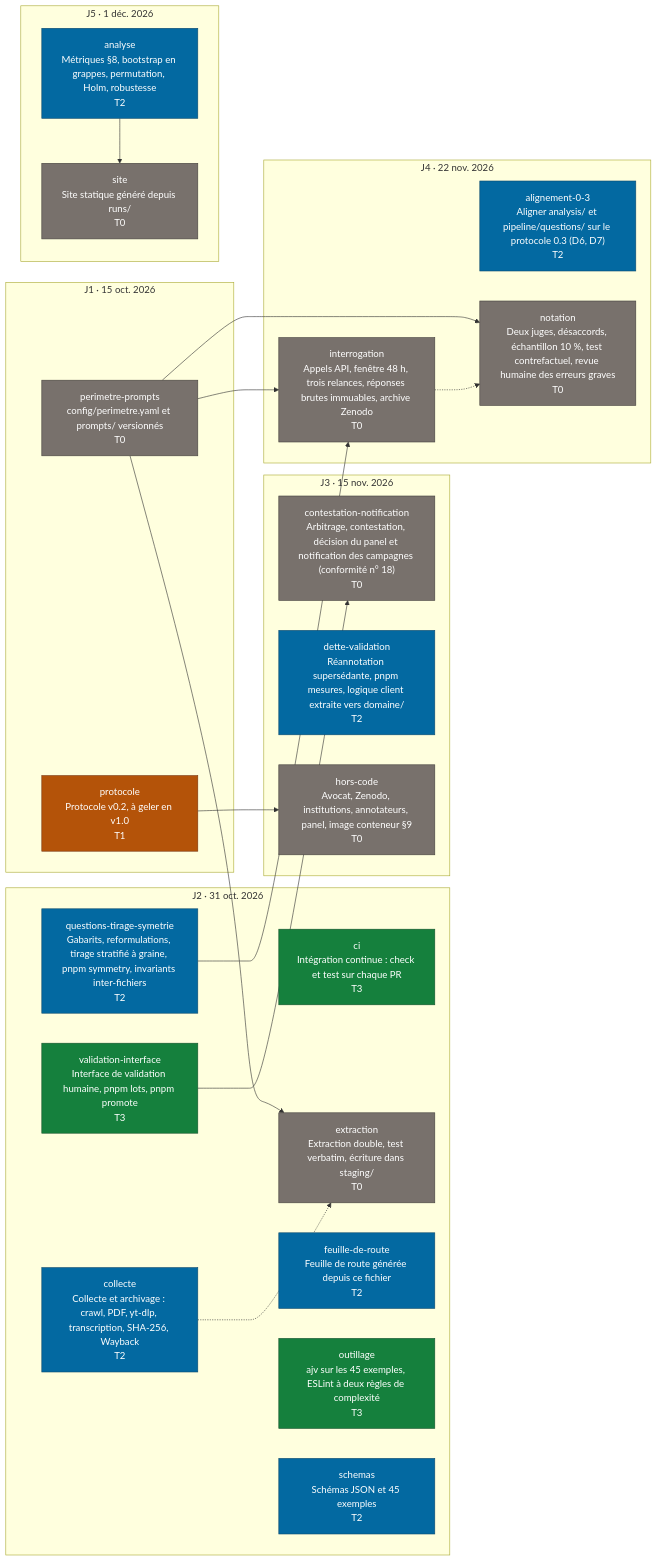
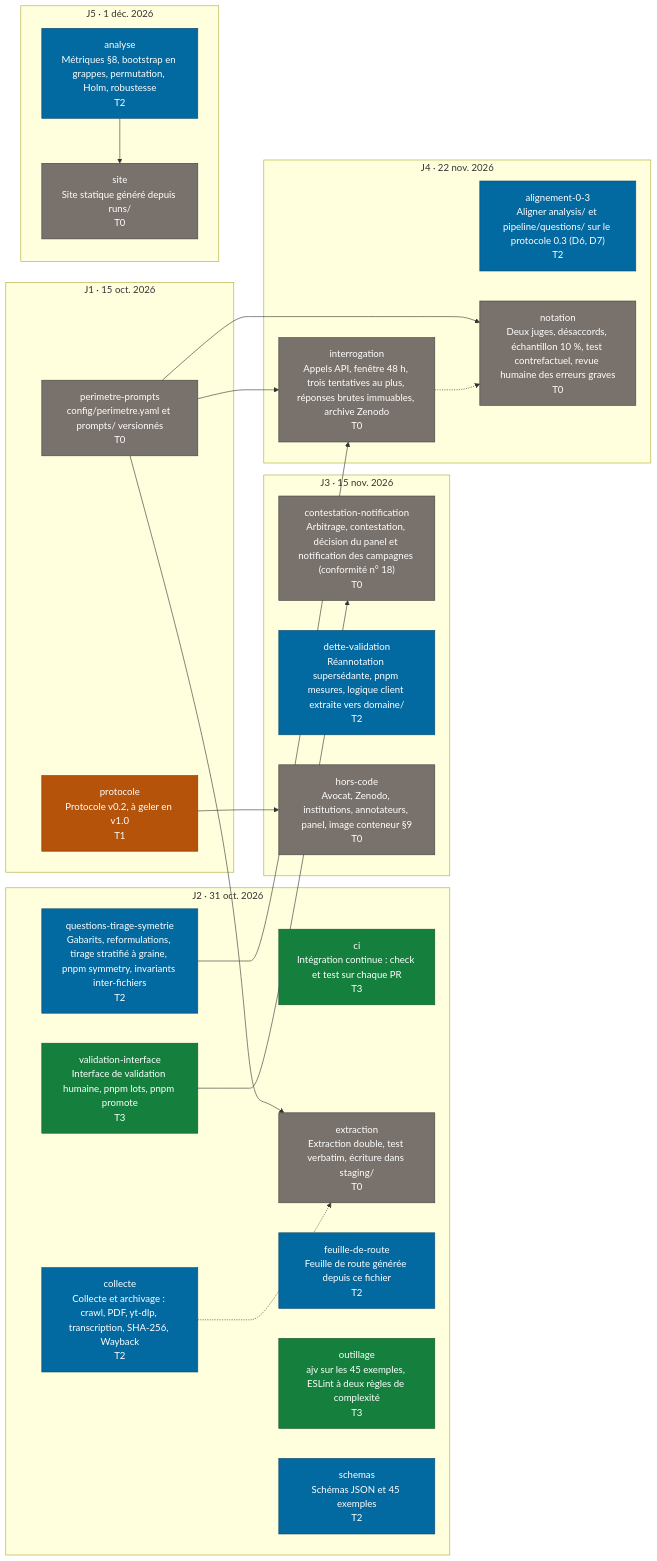
Before and after one commit to AzurNow/DEMOCRACIE_2027: the diagram in docs/FEUILLE-DE-ROUTE.md, drawn with Mermaid. The commit also changed other lines of this file and 3 other files, not shown here.

````diff
--- a/docs/FEUILLE-DE-ROUTE.md
+++ b/docs/FEUILLE-DE-ROUTE.md
@@ -59,46 +59,46 @@
 ```mermaid
 flowchart LR
   subgraph jalon_J1["J1 · 15 oct. 2026"]
     lot_perimetre_prompts["perimetre-prompts<br/>config/perimetre.yaml et prompts/ versionnés<br/>T0"]:::T0
     lot_protocole["protocole<br/>Protocole v0.2, à geler en v1.0<br/>T1"]:::T1
   end
   subgraph jalon_J2["J2 · 31 oct. 2026"]
     lot_ci["ci<br/>Intégration continue : check et test sur chaque PR<br/>T3"]:::T3
     lot_collecte["collecte<br/>Collecte et archivage : crawl, PDF, yt-dlp, transcription, SHA-256, Wayback<br/>T2"]:::T2
     lot_extraction["extraction<br/>Extraction double, test verbatim, écriture dans staging/<br/>T0"]:::T0
     lot_feuille_de_route["feuille-de-route<br/>Feuille de route générée depuis ce fichier<br/>T2"]:::T2
     lot_outillage["outillage<br/>ajv sur les 45 exemples, ESLint à deux règles de complexité<br/>T3"]:::T3
     lot_questions_tirage_symetrie["questions-tirage-symetrie<br/>Gabarits, reformulations, tirage stratifié à graine, pnpm symmetry, invariants inter-fichiers<br/>T2"]:::T2
     lot_schemas["schemas<br/>Schémas JSON et 45 exemples<br/>T2"]:::T2
     lot_validation_interface["validation-interface<br/>Interface de validation humaine, pnpm lots, pnpm promote<br/>T3"]:::T3
   end
   subgraph jalon_J3["J3 · 15 nov. 2026"]
     lot_contestation_notification["contestation-notification<br/>Arbitrage, contestation, décision du panel et notification des campagnes (conformité n° 18)<br/>T0"]:::T0
     lot_dette_validation["dette-validation<br/>Réannotation supersédante, pnpm mesures, logique client extraite vers domaine/<br/>T2"]:::T2
     lot_hors_code["hors-code<br/>Avocat, Zenodo, institutions, annotateurs, panel, image conteneur §9<br/>T0"]:::T0
   end
   subgraph jalon_J4["J4 · 22 nov. 2026"]
     lot_alignement_0_3["alignement-0-3<br/>Aligner analysis/ et pipeline/questions/ sur le protocole 0.3 (D6, D7)<br/>T2"]:::T2
-    lot_interrogation["interrogation<br/>Appels API, fenêtre 48 h, trois relances, réponses brutes immuables, archive Zenodo<br/>T0"]:::T0
+    lot_interrogation["interrogation<br/>Appels API, fenêtre 48 h, trois tentatives au plus, réponses brutes immuables, archive Zenodo<br/>T0"]:::T0
     lot_notation["notation<br/>Deux juges, désaccords, échantillon 10 %, test contrefactuel, revue humaine des erreurs graves<br/>T0"]:::T0
   end
   subgraph jalon_J5["J5 · 1 déc. 2026"]
     lot_analyse["analyse<br/>Métriques §8, bootstrap en grappes, permutation, Holm, robustesse<br/>T2"]:::T2
     lot_site["site<br/>Site statique généré depuis runs/<br/>T0"]:::T0
   end
   lot_validation_interface --> lot_contestation_notification
   lot_collecte -.-> lot_extraction
   lot_perimetre_prompts --> lot_extraction
   lot_protocole --> lot_hors_code
   lot_perimetre_prompts --> lot_interrogation
   lot_questions_tirage_symetrie --> lot_interrogation
   lot_interrogation -.-> lot_notation
   lot_perimetre_prompts --> lot_notation
   lot_analyse --> lot_site
   classDef T0 fill:#78716c,color:#ffffff,stroke:#44403c
   classDef T1 fill:#b45309,color:#ffffff,stroke:#78350f
   classDef T2 fill:#0369a1,color:#ffffff,stroke:#0c4a6e
   classDef T3 fill:#15803d,color:#ffffff,stroke:#14532d
   classDef T4 fill:#1d4ed8,color:#ffffff,stroke:#1e3a8a
   classDef decision fill:#b91c1c,color:#ffffff,stroke:#7f1d1d
 ```
````
